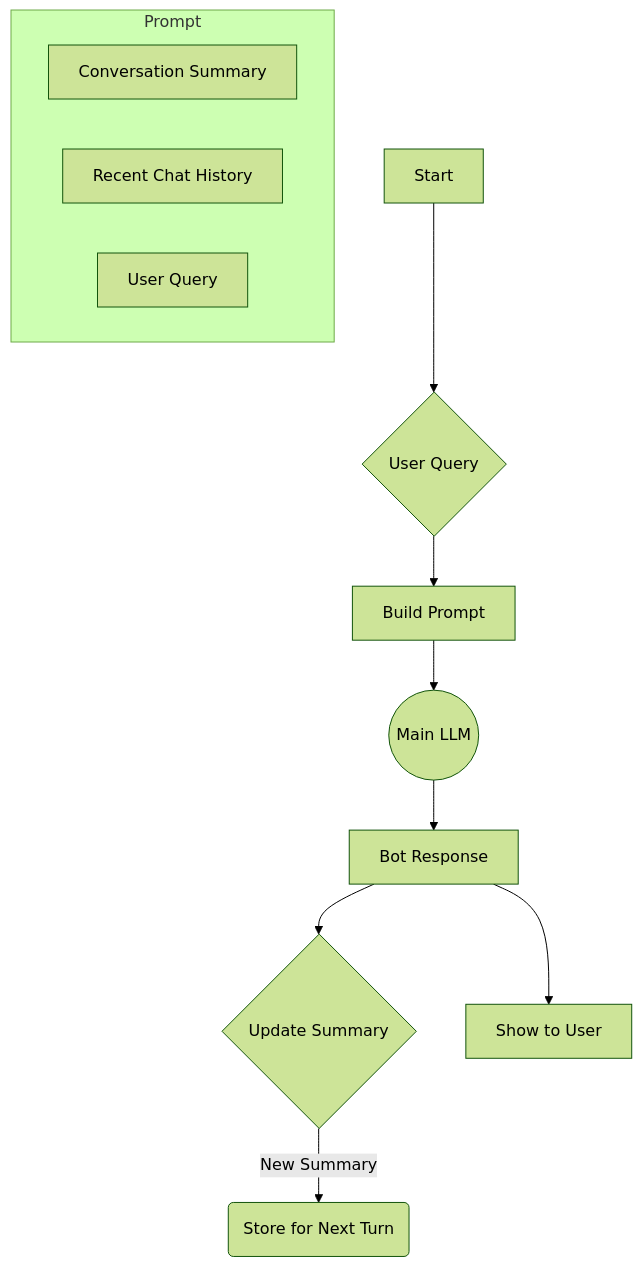
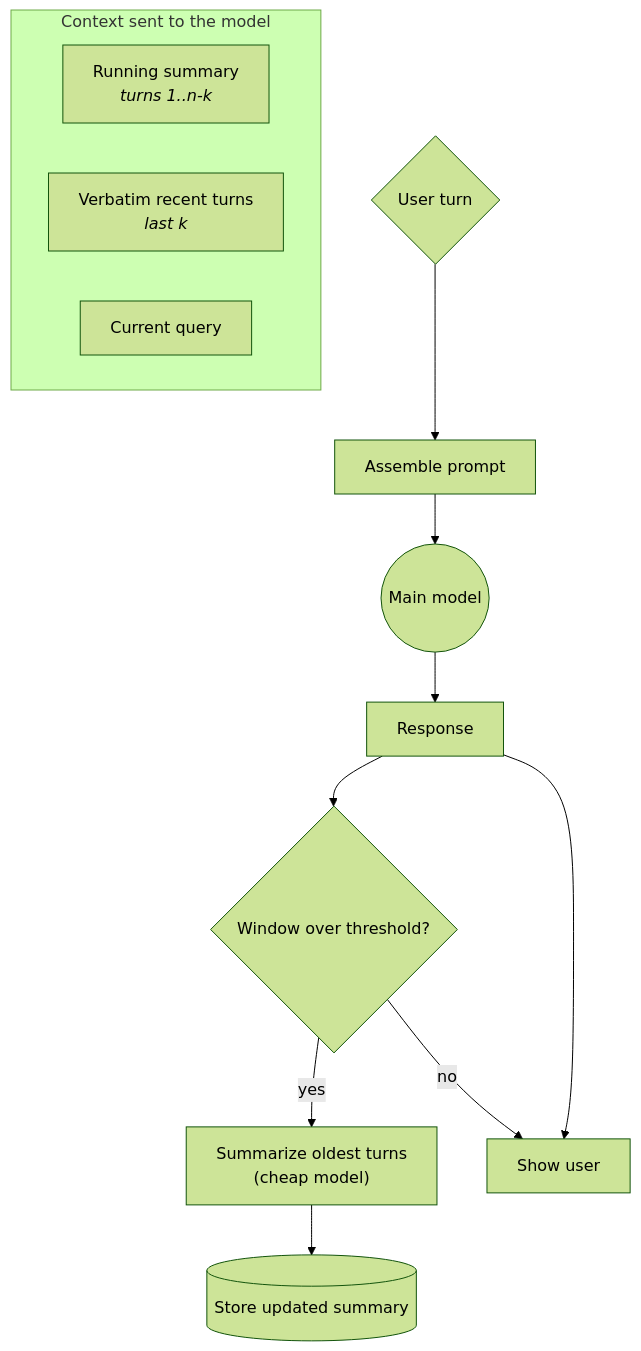
Before and after one commit to bradfriedlander/context-engineering: the diagram in Lessons/Module4/Lesson1_Mastering_the_Context_Window.md, drawn with Mermaid (forest theme). The commit also changed other lines of this file and 88 other files, not shown here.

````diff
--- a/Lessons/Module4/Lesson1_Mastering_the_Context_Window.md
+++ b/Lessons/Module4/Lesson1_Mastering_the_Context_Window.md
@@ -54,15 +81,18 @@
 ```mermaid
 graph TD
-    A[Start] --> B{User Query};
-    B --> C[Build Prompt];
-    subgraph Prompt
-        D[Conversation Summary]
-        E[Recent Chat History]
-        F[User Query]
+    accTitle: Summarization memory loop
+    accDescr: Each user turn assembles a prompt from a running summary, recent verbatim turns, and the current query. After the response, if the window is over threshold, the oldest turns are summarized by a cheap model and the stored summary is updated.
+    B{User turn} --> C[Assemble prompt]
+    subgraph P["Context sent to the model"]
+        D["Running summary<br/><i>turns 1..n-k</i>"]
+        E["Verbatim recent turns<br/><i>last k</i>"]
+        F["Current query"]
     end
-    G((Main LLM)) --> H[Bot Response];
-    C --> G;
-    H --> I{Update Summary};
-    I -- New Summary --> J(Store for Next Turn);
-    H --> K[Show to User];
+    C --> G((Main model))
+    G --> H[Response]
+    H --> I{Window over threshold?}
+    I -- yes --> J["Summarize oldest turns<br/>(cheap model)"]
+    J --> K[(Store updated summary)]
+    I -- no --> L[Show user]
+    H --> L
 ```
````
